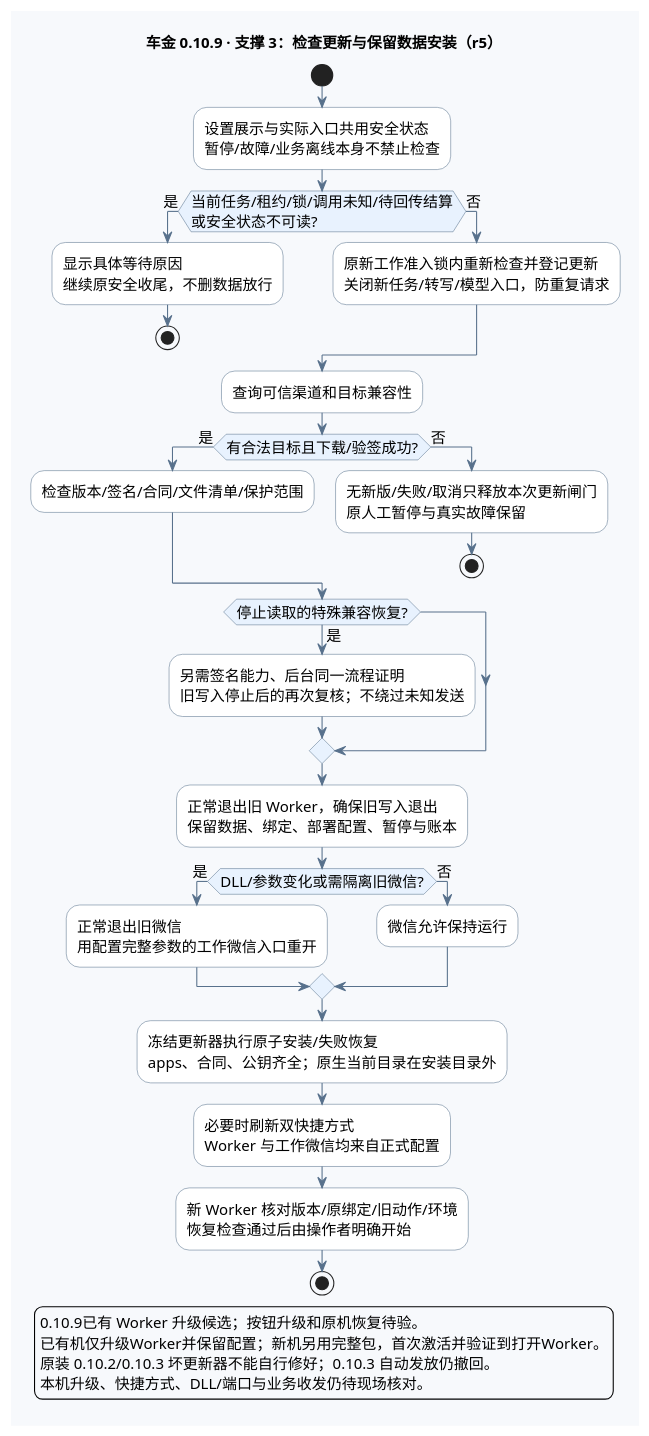
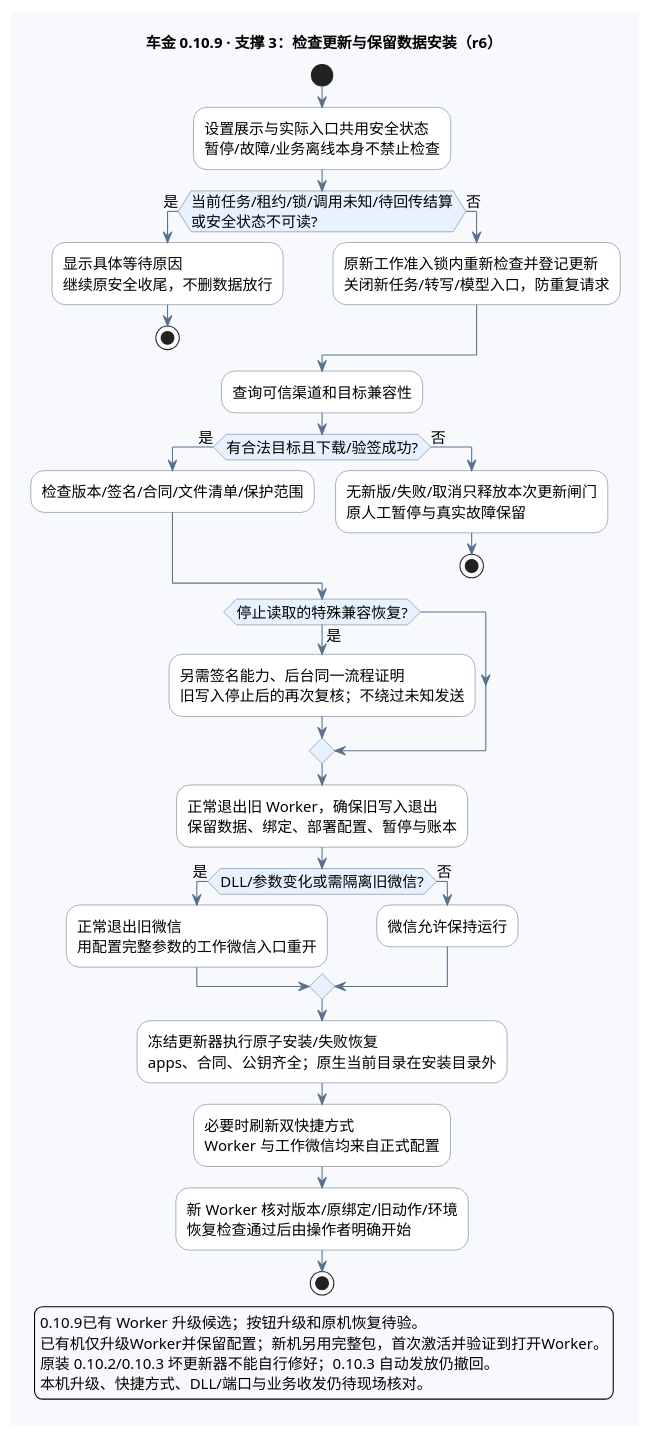
The fourth of 6 diagrams in deliverables/AI智能客服售前跟进系统_全流程图_v0.10.9.puml (edwardzhang0304/chejin-ai-sales), drawn with PlantUML before and after one commit. The commit also changed other lines of this file and 7 other files, not shown here.

```diff
--- a/deliverables/AI智能客服售前跟进系统_全流程图_v0.10.9.puml
+++ b/deliverables/AI智能客服售前跟进系统_全流程图_v0.10.9.puml
@@ -296,60 +296,60 @@
 @startuml update
 !pragma layout smetana
 skinparam defaultFontName "PingFang SC"
 skinparam defaultFontSize 14
 skinparam backgroundColor #F7F9FC
 skinparam shadowing false
 skinparam activityBackgroundColor #FFFFFF
 skinparam activityBorderColor #58718C
 skinparam activityDiamondBackgroundColor #E8F2FE
 skinparam activityDiamondBorderColor #58718C
 skinparam ArrowColor #58718C
 skinparam noteBackgroundColor #FFF4D9
 skinparam noteBorderColor #CDA556
-title 车金 0.10.9 · 支撑 3：检查更新与保留数据安装（r5）
+title 车金 0.10.9 · 支撑 3：检查更新与保留数据安装（r6）
 start
 :设置展示与实际入口共用安全状态
 暂停/故障/业务离线本身不禁止检查;
 if (当前任务/租约/锁/调用未知/待回传结算
 或安全状态不可读?) then (是)
   :显示具体等待原因
 继续原安全收尾，不删数据放行;
   stop
 else (否)
   :原新工作准入锁内重新检查并登记更新
 关闭新任务/转写/模型入口，防重复请求;
 endif
 :查询可信渠道和目标兼容性;
 if (有合法目标且下载/验签成功?) then (是)
   :检查版本/签名/合同/文件清单/保护范围;
 else (否)
   :无新版/失败/取消只释放本次更新闸门
 原人工暂停与真实故障保留;
   stop
 endif
 if (停止读取的特殊兼容恢复?) then (是)
   :另需签名能力、后台同一流程证明
 旧写入停止后的再次复核；不绕过未知发送;
 endif
 :正常退出旧 Worker，确保旧写入退出
 保留数据、绑定、部署配置、暂停与账本;
 if (DLL/参数变化或需隔离旧微信?) then (是)
   :正常退出旧微信
 用配置完整参数的工作微信入口重开;
 else (否)
   :微信允许保持运行;
 endif
 :冻结更新器执行原子安装/失败恢复
 apps、合同、公钥齐全；原生当前目录在安装目录外;
 :必要时刷新双快捷方式
 Worker 与工作微信均来自正式配置;
 :新 Worker 核对版本/原绑定/旧动作/环境
 恢复检查通过后由操作者明确开始;
 stop
 legend bottom
 0.10.9已有 Worker 升级候选；按钮升级和原机恢复待验。
 已有机仅升级Worker并保留配置；新机另用完整包，首次激活并验证到打开Worker。
 原装 0.10.2/0.10.3 坏更新器不能自行修好；0.10.3 自动发放仍撤回。
 本机升级、快捷方式、DLL/端口与业务收发仍待现场核对。
 endlegend
 @enduml
```
